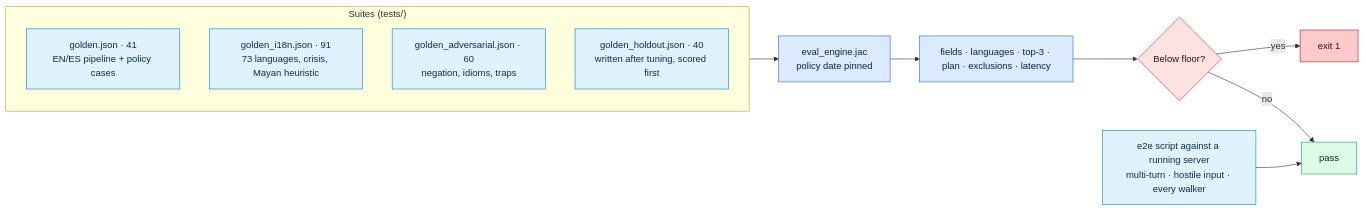
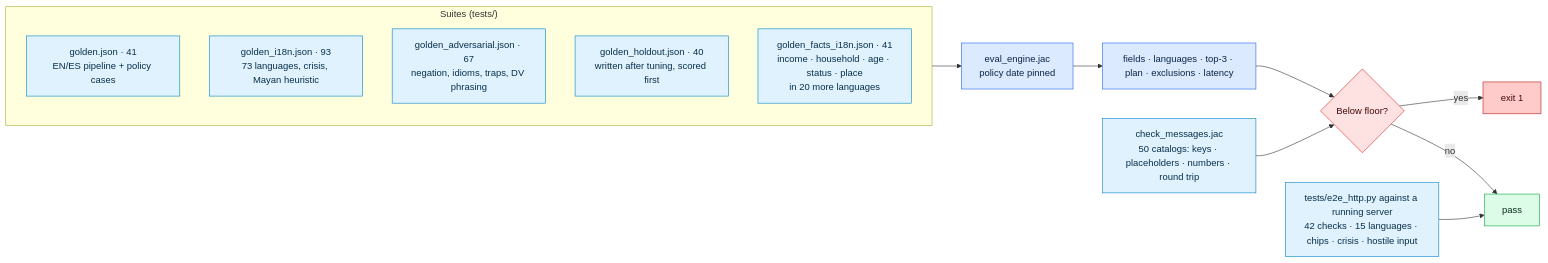
One commit to Anbu-00001/CivicMesh changed the ninth of 9 diagrams in README.md. Above: the diagram before and after it, drawn with Mermaid. The commit also changed other lines of this file and 73 other files, not shown here.

````diff
--- a/README.md
+++ b/README.md
@@ -409,22 +429,24 @@
 ```mermaid
 flowchart LR
     subgraph S["Suites (tests/)"]
         direction TB
         G1[golden.json · 41<br/>EN/ES pipeline + policy cases]:::t
-        G2[golden_i18n.json · 91<br/>73 languages, crisis, Mayan heuristic]:::t
-        G3[golden_adversarial.json · 60<br/>negation, idioms, traps]:::t
+        G2[golden_i18n.json · 93<br/>73 languages, crisis, Mayan heuristic]:::t
+        G3[golden_adversarial.json · 67<br/>negation, idioms, traps, DV phrasing]:::t
         G4[golden_holdout.json · 40<br/>written after tuning, scored first]:::t
+        G5[golden_facts_i18n.json · 41<br/>income · household · age · status · place<br/>in 20 more languages]:::t
     end
     S --> EV[eval_engine.jac<br/>policy date pinned]:::det
     EV --> MX[fields · languages · top-3 · plan · exclusions · latency]:::det
     MX --> GATE{Below floor?}:::safety
     GATE -->|yes| FAIL[exit 1]:::bad
     GATE -->|no| PASS[pass]:::ok
-    E2E[e2e script against a running server<br/>multi-turn · hostile input · every walker]:::t --> PASS
+    CM[check_messages.jac<br/>50 catalogs: keys · placeholders · numbers · round trip]:::t --> GATE
+    E2E[tests/e2e_http.py against a running server<br/>42 checks · 15 languages · chips · crisis · hostile input]:::t --> PASS
 
     classDef t fill:#e0f2fe,stroke:#0284c7,color:#082f49
     classDef det fill:#dbeafe,stroke:#2563eb,color:#0b2545
     classDef safety fill:#fee2e2,stroke:#dc2626,color:#450a0a
     classDef bad fill:#fecaca,stroke:#b91c1c,color:#450a0a
     classDef ok fill:#dcfce7,stroke:#16a34a,color:#052e16
 ```
````
